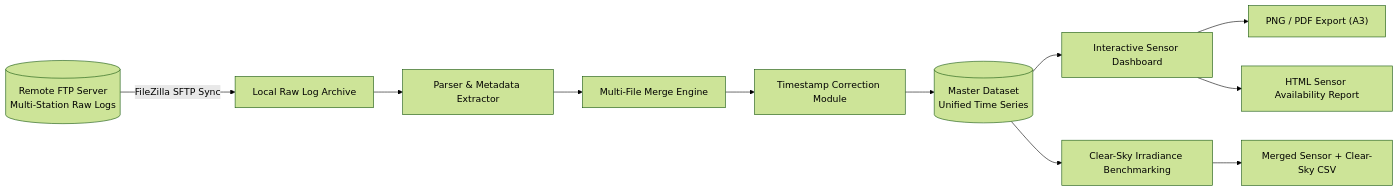
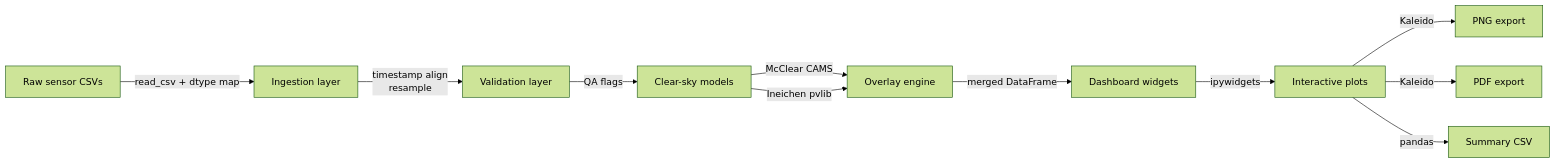
The diagram in README.md (AIMLDS7/Weather-Station-Data-Pipeline-Interactive-Analytics-Dashboard), drawn with Mermaid (forest theme) before and after one commit. The commit also changed other lines of this file, not shown here.

````diff
--- a/README.md
+++ b/README.md
@@ -116,13 +90,13 @@
 ```mermaid
 flowchart LR
-    A[("Remote FTP Server<br/>Multi-Station Raw Logs")] -->|FileZilla SFTP Sync| B[Local Raw Log Archive]
-    B --> C[Parser & Metadata Extractor]
-    C --> D[Multi-File Merge Engine]
-    D --> E[Timestamp Correction Module]
-    E --> F[("Master Dataset<br/>Unified Time Series")]
-    F --> G[Interactive Sensor Dashboard]
-    F --> H[Clear-Sky Irradiance Benchmarking]
-    G --> I["PNG / PDF Export (A3)"]
-    G --> J[HTML Sensor Availability Report]
-    H --> K[Merged Sensor + Clear-Sky CSV]
+    A[Raw sensor CSVs] -->|read_csv + dtype map| B[Ingestion layer]
+    B -->|timestamp align\nresample| C[Validation layer]
+    C -->|QA flags| D[Clear-sky models]
+    D -->|McClear CAMS| E[Overlay engine]
+    D -->|Ineichen pvlib| E
+    E -->|merged DataFrame| F[Dashboard widgets]
+    F -->|ipywidgets| G[Interactive plots]
+    G -->|Kaleido| H[PNG export]
+    G -->|Kaleido| I[PDF export]
+    G -->|pandas| J[Summary CSV]
 ```
````
